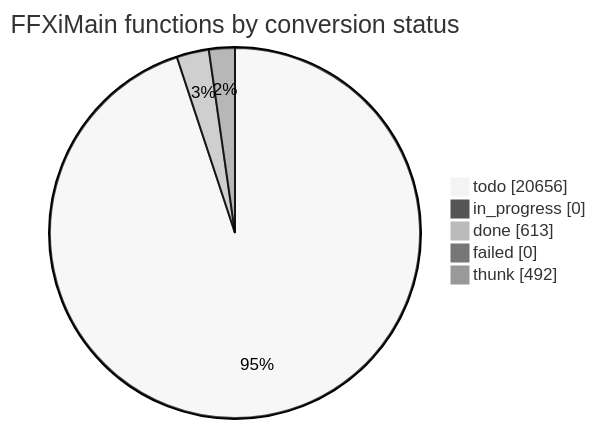
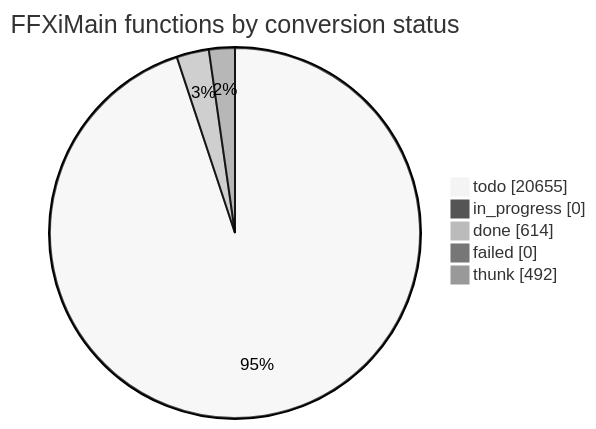
One commit to cowrevenge/cow_kuluu_xi_anything changed the diagram in docs/cow/STATUS.md. Above: the diagram before and after it, drawn with Mermaid (neutral theme). The commit also changed other lines of this file and 9 other files, not shown here.

````diff
--- a/docs/cow/STATUS.md
+++ b/docs/cow/STATUS.md
@@ -18,9 +18,9 @@
 ```mermaid
 pie showData
     title FFXiMain functions by conversion status
-    "todo" : 20656
+    "todo" : 20655
     "in_progress" : 0
-    "done" : 613
+    "done" : 614
     "failed" : 0
     "thunk" : 492
 ```
````
